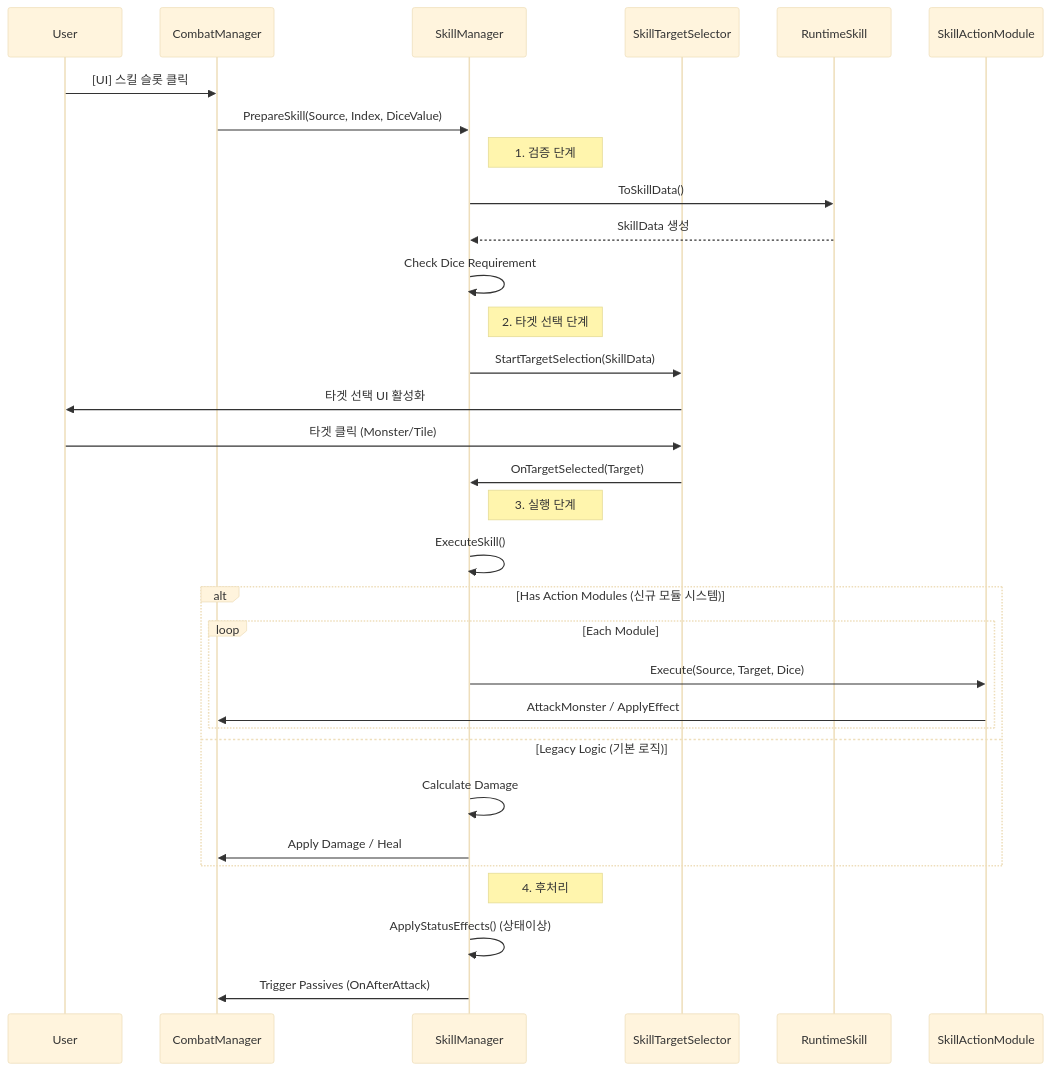
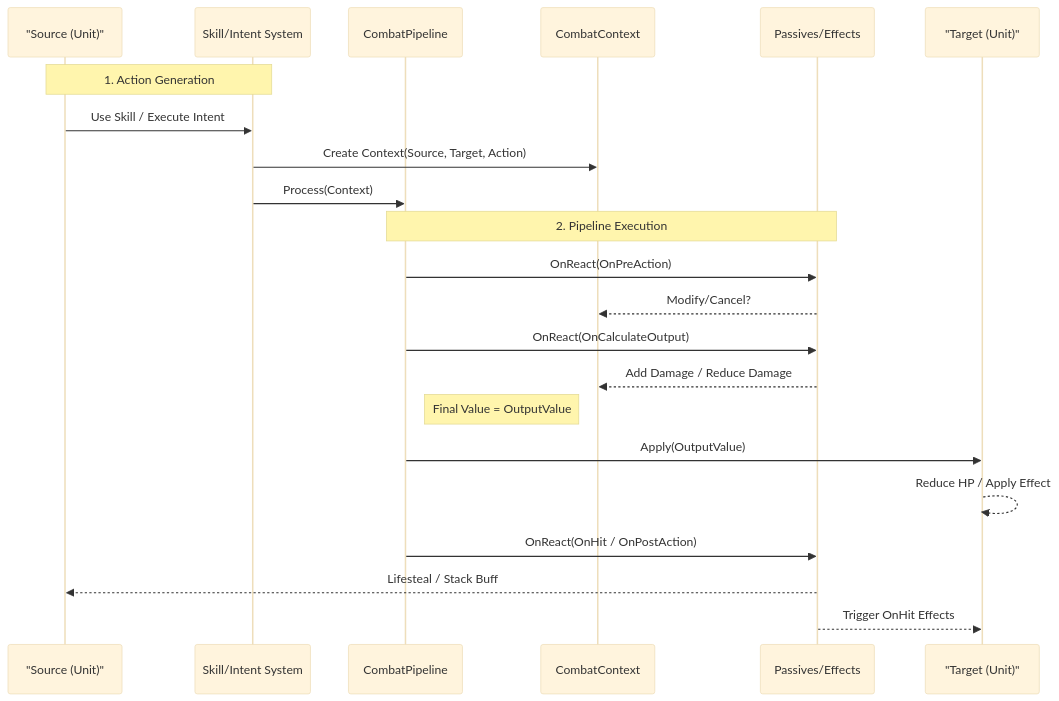
The second of 2 diagrams in Docs/skill_system_structure.md (dfdfg42/Dice-Orbit), drawn with Mermaid (base theme) before and after one commit. The commit also changed other lines of this file and 31 other files, not shown here.

Commit message:
Unify combat pipeline usage

````diff
--- a/Docs/skill_system_structure.md
+++ b/Docs/skill_system_structure.md
@@ -86,40 +108,34 @@
 ```mermaid
 sequenceDiagram
-    participant User
-    participant CM as CombatManager
-    participant SM as SkillManager
-    participant TS as SkillTargetSelector
-    participant Runtime as RuntimeSkill
-    participant Module as SkillActionModule
-    
-    User->>CM: [UI] 스킬 슬롯 클릭
-    CM->>SM: PrepareSkill(Source, Index, DiceValue)
-    
-    Note right of SM: 1. 검증 단계
-    SM->>Runtime: ToSkillData()
-    Runtime-->>SM: SkillData 생성
-    SM->>SM: Check Dice Requirement
-    
-    Note right of SM: 2. 타겟 선택 단계
-    SM->>TS: StartTargetSelection(SkillData)
-    TS->>User: 타겟 선택 UI 활성화
-    User->>TS: 타겟 클릭 (Monster/Tile)
-    TS->>SM: OnTargetSelected(Target)
-    
-    Note right of SM: 3. 실행 단계
-    SM->>SM: ExecuteSkill()
-    
-    alt Has Action Modules (신규 모듈 시스템)
-        loop Each Module
-            SM->>Module: Execute(Source, Target, Dice)
-            Module->>CM: AttackMonster / ApplyEffect
-        end
-    else Legacy Logic (기본 로직)
-        SM->>SM: Calculate Damage
-        SM->>CM: Apply Damage / Heal
-    end
-    
-    Note right of SM: 4. 후처리
-    SM->>SM: ApplyStatusEffects() (상태이상)
-    SM->>CM: Trigger Passives (OnAfterAttack)
+    participant Source as "Source (Unit)"
+    participant SM as Skill/Intent System
+    participant Pipe as CombatPipeline
+    participant Context as CombatContext
+    participant Reactors as Passives/Effects
+    participant Target as "Target (Unit)"
+
+    Note over Source, SM: 1. Action Generation
+    Source->>SM: Use Skill / Execute Intent
+    SM->>Context: Create Context(Source, Target, Action)
+    SM->>Pipe: Process(Context)
+
+    Note over Pipe, Reactors: 2. Pipeline Execution
+
+    %% Step 1: Pre-Action
+    Pipe->>Reactors: OnReact(OnPreAction)
+    Reactors-->>Context: Modify/Cancel?
+
+    %% Step 2: Calculation
+    Pipe->>Reactors: OnReact(OnCalculateOutput)
+    Reactors-->>Context: Add Damage / Reduce Damage
+    Note right of Pipe: Final Value = OutputValue
+
+    %% Step 3: Application
+    Pipe->>Target: Apply(OutputValue)
+    Target-->>Target: Reduce HP / Apply Effect
+
+    %% Step 4: Reaction
+    Pipe->>Reactors: OnReact(OnHit / OnPostAction)
+    Reactors-->>Source: Lifesteal / Stack Buff
+    Reactors-->>Target: Trigger OnHit Effects
 ```
````
